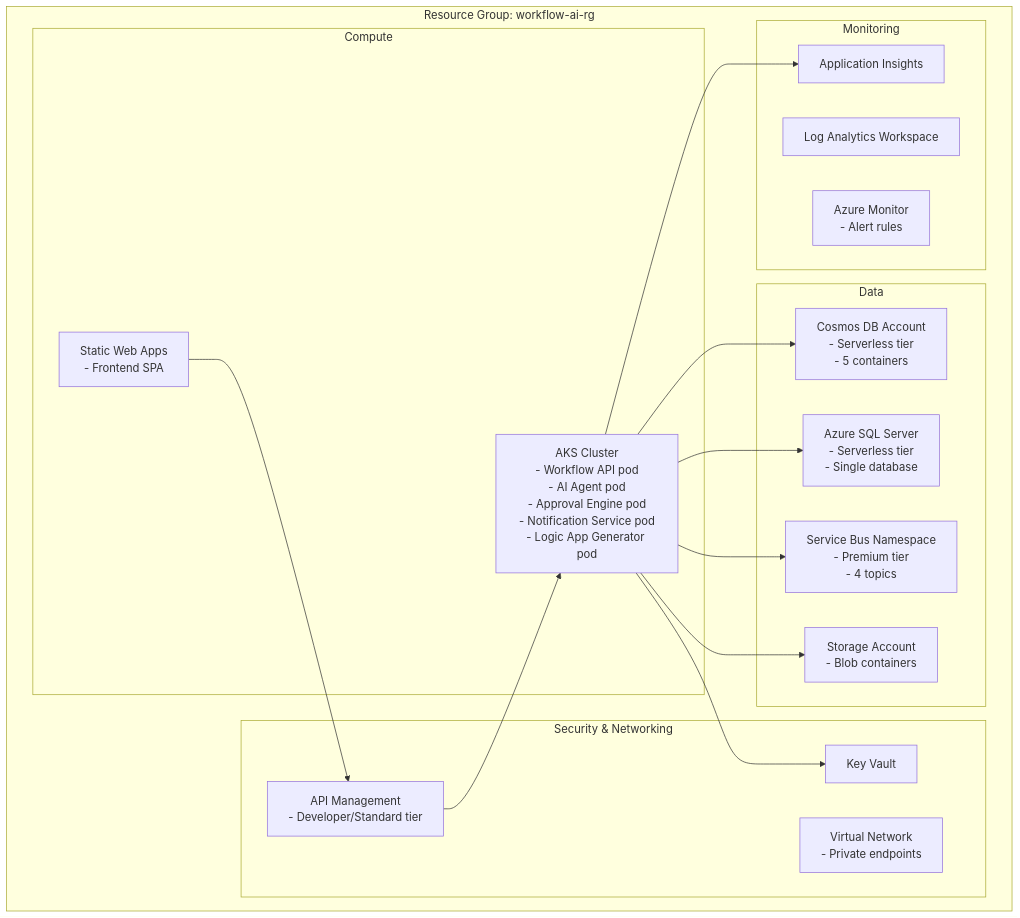
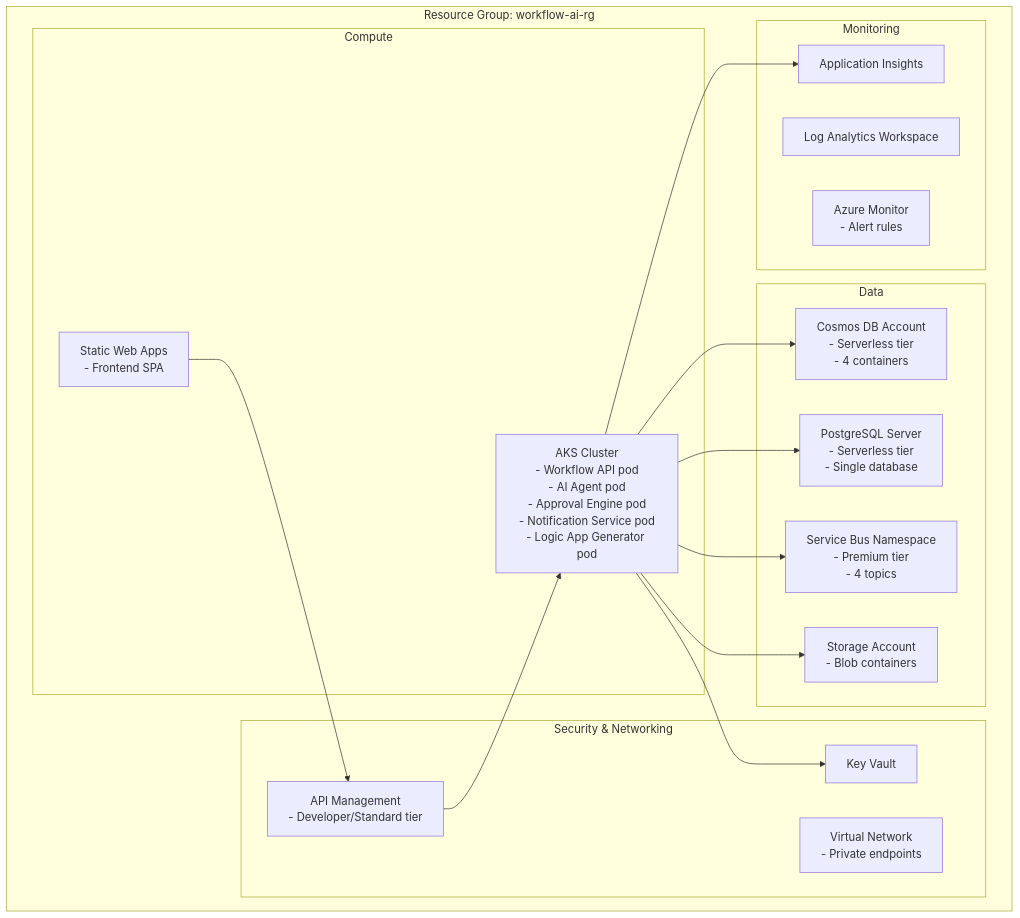
Diagram 21 of 22 in docs/architecture/Architecture-Documentation.md (toanduong/ai-workflow), drawn with Mermaid before and after one commit. The commit also changed other lines of this file and 15 other files, not shown here.

````diff
--- a/docs/architecture/Architecture-Documentation.md
+++ b/docs/architecture/Architecture-Documentation.md
@@ -1194,37 +1193,37 @@
 ```mermaid
 flowchart TB
     subgraph RG["Resource Group: workflow-ai-rg"]
         subgraph Compute["Compute"]
             AKS["AKS Cluster<br/>- Workflow API pod<br/>- AI Agent pod<br/>- Approval Engine pod<br/>- Notification Service pod<br/>- Logic App Generator pod"]
             SWA["Static Web Apps<br/>- Frontend SPA"]
         end
 
         subgraph Data["Data"]
-            COSMOS["Cosmos DB Account<br/>- Serverless tier<br/>- 5 containers"]
-            SQL["Azure SQL Server<br/>- Serverless tier<br/>- Single database"]
+            COSMOS["Cosmos DB Account<br/>- Serverless tier<br/>- 4 containers"]
+            SQL["PostgreSQL Server<br/>- Serverless tier<br/>- Single database"]
             BUS["Service Bus Namespace<br/>- Premium tier<br/>- 4 topics"]
             BLOB["Storage Account<br/>- Blob containers"]
         end
 
         subgraph Security["Security & Networking"]
             KV["Key Vault"]
             APIM["API Management<br/>- Developer/Standard tier"]
             VNET["Virtual Network<br/>- Private endpoints"]
         end
 
         subgraph Monitoring["Monitoring"]
             AI_INSIGHTS["Application Insights"]
             LA_WORKSPACE["Log Analytics Workspace"]
             MONITOR["Azure Monitor<br/>- Alert rules"]
         end
     end
 
     AKS --> COSMOS
     AKS --> SQL
     AKS --> BUS
     AKS --> BLOB
     AKS --> KV
     APIM --> AKS
     SWA --> APIM
     AKS --> AI_INSIGHTS
 ```
````
